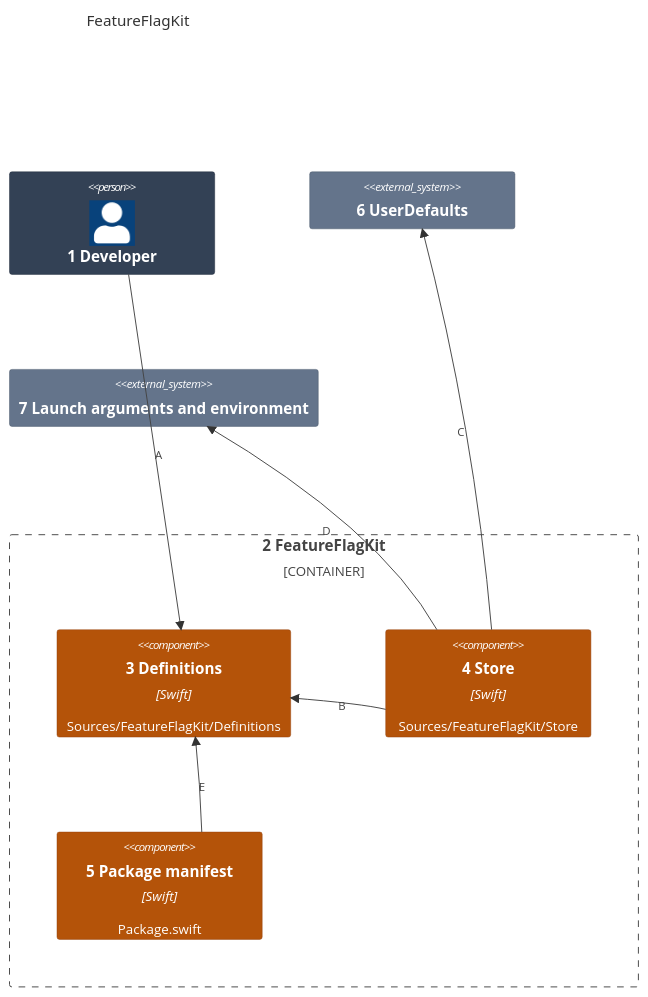
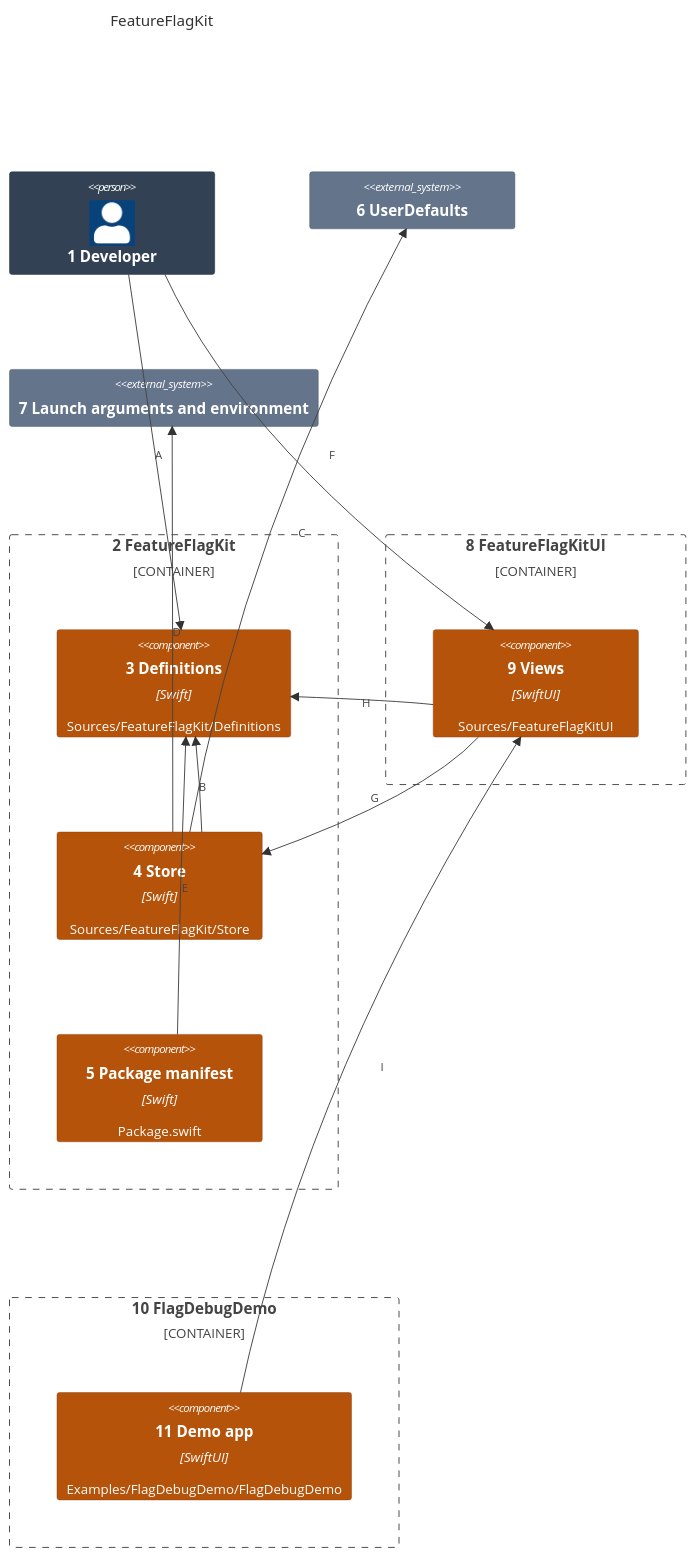
The first of 2 diagrams in docs/architecture/03-components.md (may-journal/feature-flag-kit), drawn with Mermaid before and after one commit. The commit also changed other lines of this file and 30 other files, not shown here.

First line of the commit message:
feat(ui): SwiftUI flag wrapper and debug screen (#8)

````diff
--- a/docs/architecture/03-components.md
+++ b/docs/architecture/03-components.md
@@ -5,28 +5,42 @@
 ```mermaid
 C4Component
     title FeatureFlagKit
 
     Person(developer, "1 Developer")
 
     Container_Boundary(core, "2 FeatureFlagKit") {
         Component(definitions, "3 Definitions", "Swift", "Sources/FeatureFlagKit/Definitions")
         Component(store, "4 Store", "Swift", "Sources/FeatureFlagKit/Store")
         Component(manifest, "5 Package manifest", "Swift", "Package.swift")
     }
 
+    Container_Boundary(ui, "8 FeatureFlagKitUI") {
+        Component(views, "9 Views", "SwiftUI", "Sources/FeatureFlagKitUI")
+    }
+
+    Container_Boundary(demo, "10 FlagDebugDemo") {
+        Component(example, "11 Demo app", "SwiftUI", "Examples/FlagDebugDemo/FlagDebugDemo")
+    }
+
     System_Ext(defaults, "6 UserDefaults")
     System_Ext(process, "7 Launch arguments and environment")
 
     Rel(developer, definitions, "A")
     Rel(store, definitions, "B")
     Rel(store, defaults, "C")
     Rel(store, process, "D")
     Rel(manifest, definitions, "E")
+    Rel(developer, views, "F")
+    Rel(views, store, "G")
+    Rel(views, definitions, "H")
+    Rel(example, views, "I")
 
     UpdateElementStyle(developer, $bgColor="#334155", $borderColor="#1e293b", $fontColor="#ffffff")
     UpdateElementStyle(definitions, $bgColor="#b45309", $borderColor="#92400e", $fontColor="#ffffff")
     UpdateElementStyle(store, $bgColor="#b45309", $borderColor="#92400e", $fontColor="#ffffff")
     UpdateElementStyle(manifest, $bgColor="#b45309", $borderColor="#92400e", $fontColor="#ffffff")
+    UpdateElementStyle(views, $bgColor="#b45309", $borderColor="#92400e", $fontColor="#ffffff")
+    UpdateElementStyle(example, $bgColor="#b45309", $borderColor="#92400e", $fontColor="#ffffff")
     UpdateElementStyle(defaults, $bgColor="#64748b", $borderColor="#475569", $fontColor="#ffffff")
     UpdateElementStyle(process, $bgColor="#64748b", $borderColor="#475569", $fontColor="#ffffff")
 ```
````
